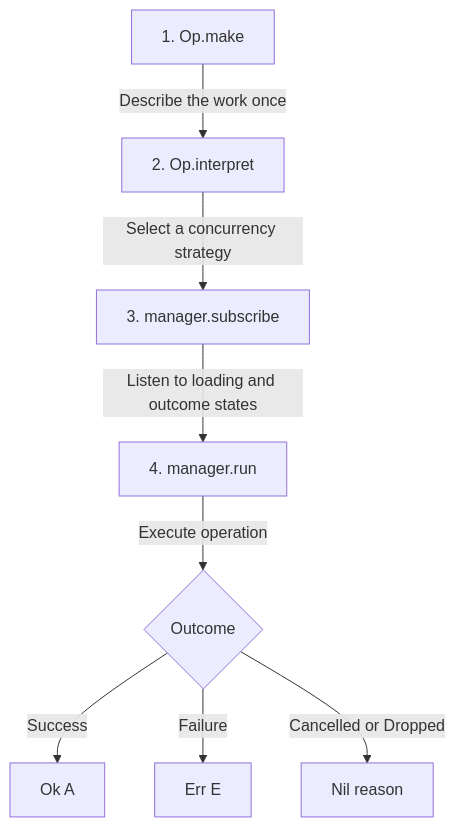
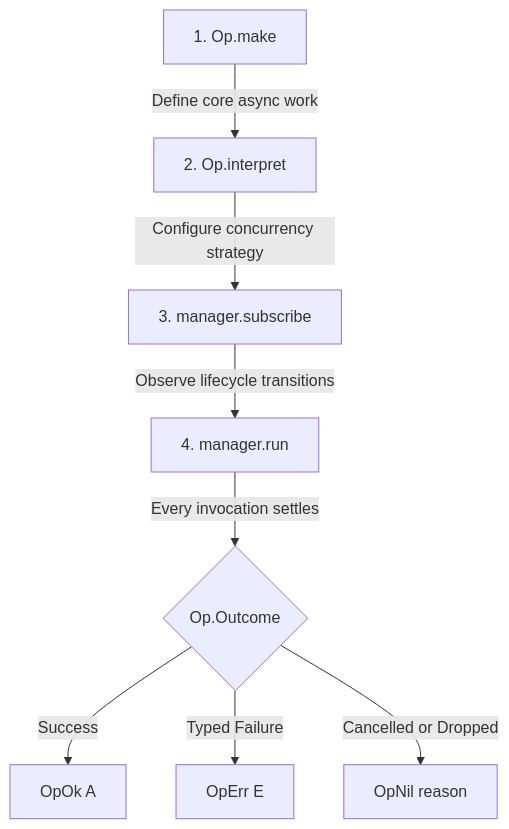
Before and after one commit to nlozgachev/pipelined: the diagram in docs/src/content/docs/guides/op.mdx, drawn with Mermaid. The commit also changed other lines of this file and 2 other files, not shown here.

````diff
--- a/docs/src/content/docs/guides/op.mdx
+++ b/docs/src/content/docs/guides/op.mdx
@@ -93,10 +66,10 @@
 ```mermaid
 flowchart TD
-    A[1. Op.make] -->|Describe the work once| B[2. Op.interpret]
-    B -->|Select a concurrency strategy| C[3. manager.subscribe]
-    C -->|Listen to loading and outcome states| D[4. manager.run]
-    D -->|Execute operation| E{Outcome}
-    E -->|Success| Ok[Ok A]
-    E -->|Failure| Err[Err E]
-    E -->|Cancelled or Dropped| Nil[Nil reason]
+    A["1. Op.make"] -->|"Define core async work"| B["2. Op.interpret"]
+    B -->|"Configure concurrency strategy"| C["3. manager.subscribe"]
+    C -->|"Observe lifecycle transitions"| D["4. manager.run"]
+    D -->|"Every invocation settles"| E{"Op.Outcome"}
+    E -->|"Success"| Ok["OpOk A"]
+    E -->|"Typed Failure"| Err["OpErr E"]
+    E -->|"Cancelled or Dropped"| Nil["OpNil reason"]
 ```
````
